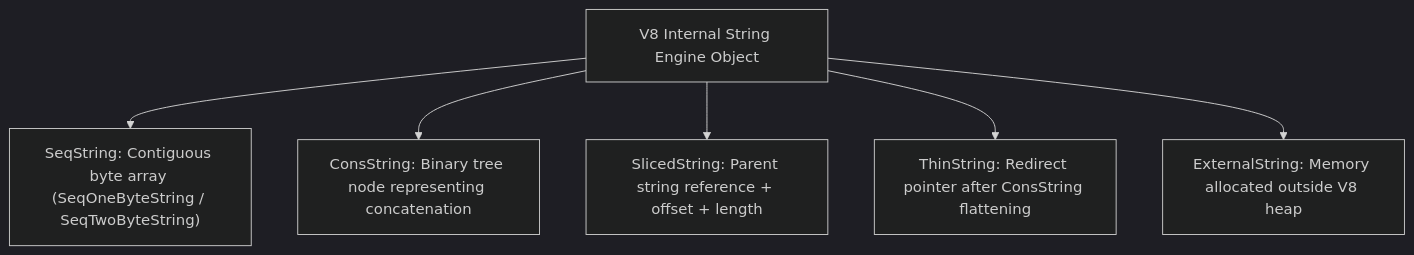
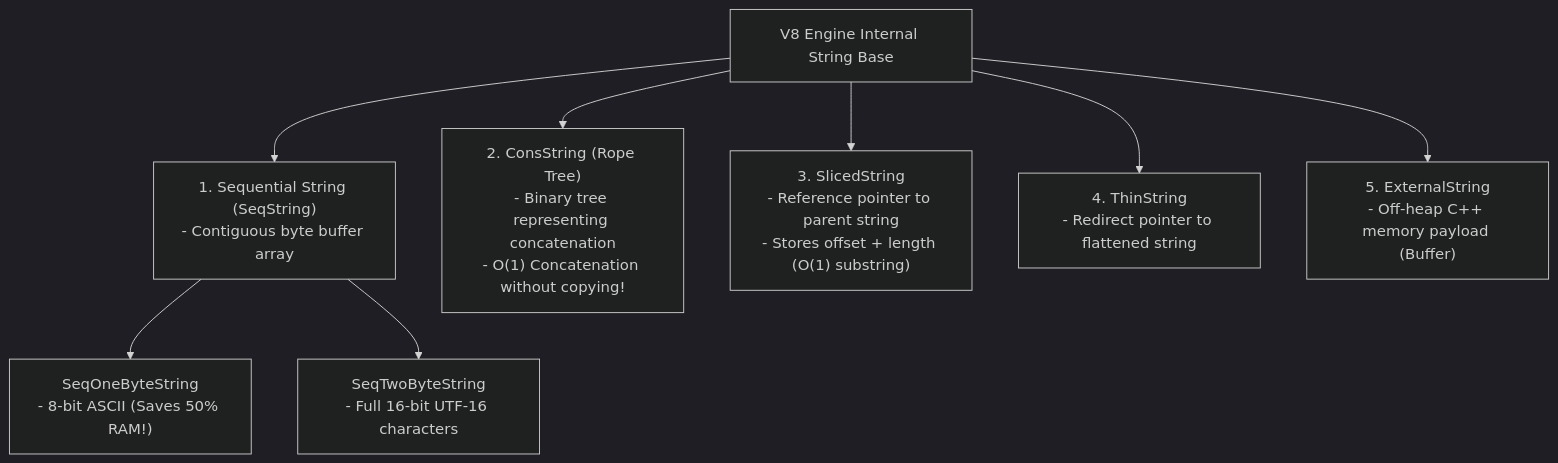
Before and after one commit to Amie-dev/engineering-playbook: the first of 3 diagrams in js-internals/13-strings-internals.md, drawn with Mermaid (dark theme). The commit also changed other lines of this file and 17 other files, not shown here.

````diff
--- a/js-internals/13-strings-internals.md
+++ b/js-internals/13-strings-internals.md
@@ -30,8 +33,11 @@
 ```mermaid
 graph TD
-    String["V8 Internal String Engine Object"] --> SeqString["SeqString: Contiguous byte array (SeqOneByteString / SeqTwoByteString)"]
-    String --> ConsString["ConsString: Binary tree node representing concatenation"]
-    String --> SlicedString["SlicedString: Parent string reference + offset + length"]
-    String --> ThinString["ThinString: Redirect pointer after ConsString flattening"]
-    String --> ExtString["ExternalString: Memory allocated outside V8 heap"]
+    V8String["V8 Engine Internal String Base"] --> SeqString["1. Sequential String (SeqString)<br/>- Contiguous byte buffer array"]
+    V8String --> ConsString["2. ConsString (Rope Tree)<br/>- Binary tree representing concatenation<br/>- O(1) Concatenation without copying!"]
+    V8String --> SlicedString["3. SlicedString<br/>- Reference pointer to parent string<br/>- Stores offset + length (O(1) substring)"]
+    V8String --> ThinString["4. ThinString<br/>- Redirect pointer to flattened string"]
+    V8String --> ExternalString["5. ExternalString<br/>- Off-heap C++ memory payload (Buffer)"]
+
+    SeqString --> SeqOneByte["SeqOneByteString<br/>- 8-bit ASCII (Saves 50% RAM!)"]
+    SeqString --> SeqTwoByte["SeqTwoByteString<br/>- Full 16-bit UTF-16 characters"]
 ```
````
